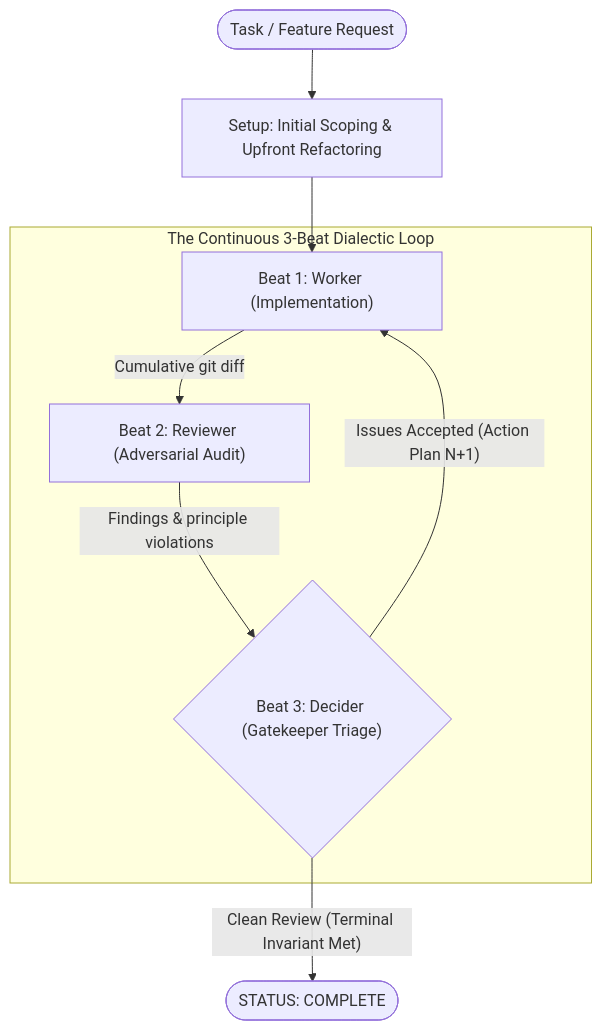
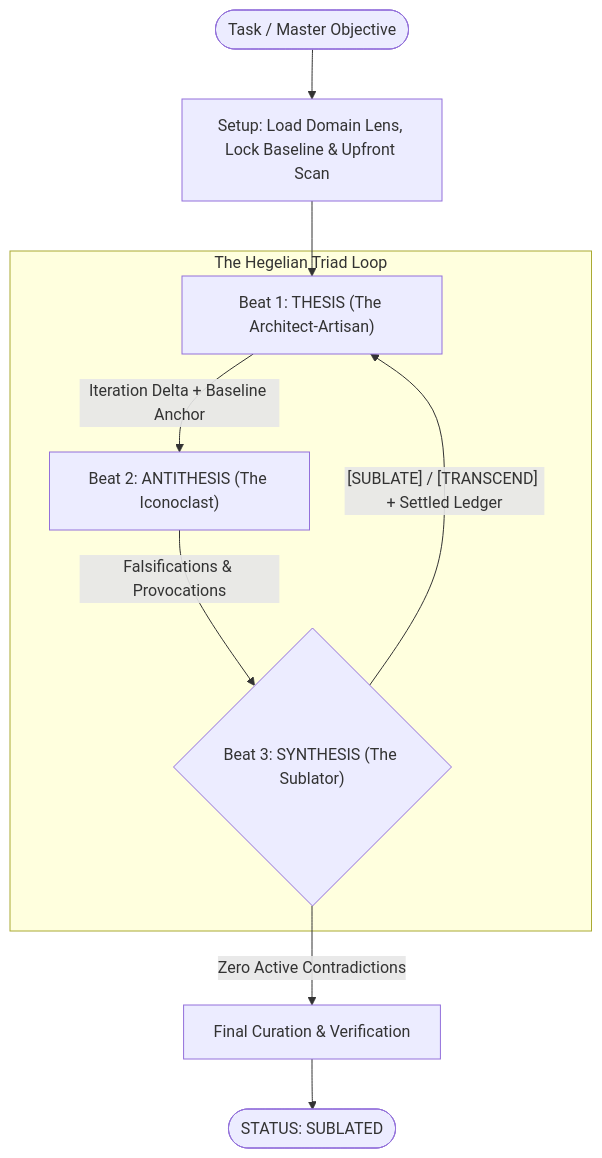
The diagram in README.md (jessetane/sublate), drawn with Mermaid before and after one commit. The commit also changed other lines of this file, not shown here.

Commit message:
docs: update readme for sublate architecture and pluggable lenses

````diff
--- a/README.md
+++ b/README.md
@@ -7,14 +15,14 @@
 ```mermaid
 flowchart TD
-    Start(["Task / Feature Request"]) --> Setup["Setup: Initial Scoping & Upfront Refactoring"]
-    Setup --> Worker["Beat 1: Worker (Implementation)"]
+    Start(["Task / Master Objective"]) --> Setup["Setup: Load Domain Lens, Lock Baseline & Upfront Scan"]
+    Setup --> Thesis["Beat 1: THESIS (The Architect-Artisan)"]
 
-    subgraph DialecticLoop ["The Continuous 3-Beat Dialectic Loop"]
-        Worker -->|"Cumulative git diff"| Reviewer["Beat 2: Reviewer (Adversarial Audit)"]
-        Reviewer -->|"Findings & principle violations"| Decider{"Beat 3: Decider (Gatekeeper Triage)"}
-        
-        Decider -->|"Issues Accepted (Action Plan N+1)"| Worker
+    subgraph TriadLoop ["The Hegelian Triad Loop"]
+        Thesis -->|"Iteration Delta + Baseline Anchor"| Antithesis["Beat 2: ANTITHESIS (The Iconoclast)"]
+        Antithesis -->|"Falsifications & Provocations"| Synthesis{"Beat 3: SYNTHESIS (The Sublator)"}
+        Synthesis -->|"[SUBLATE] / [TRANSCEND] + Settled Ledger"| Thesis
     end
 
-    Decider -->|"Clean Review (Terminal Invariant Met)"| Complete(["STATUS: COMPLETE"])
+    Synthesis -->|"Zero Active Contradictions"| Curate["Final Curation & Verification"]
+    Curate --> Complete(["STATUS: SUBLATED"])
 ```
````
